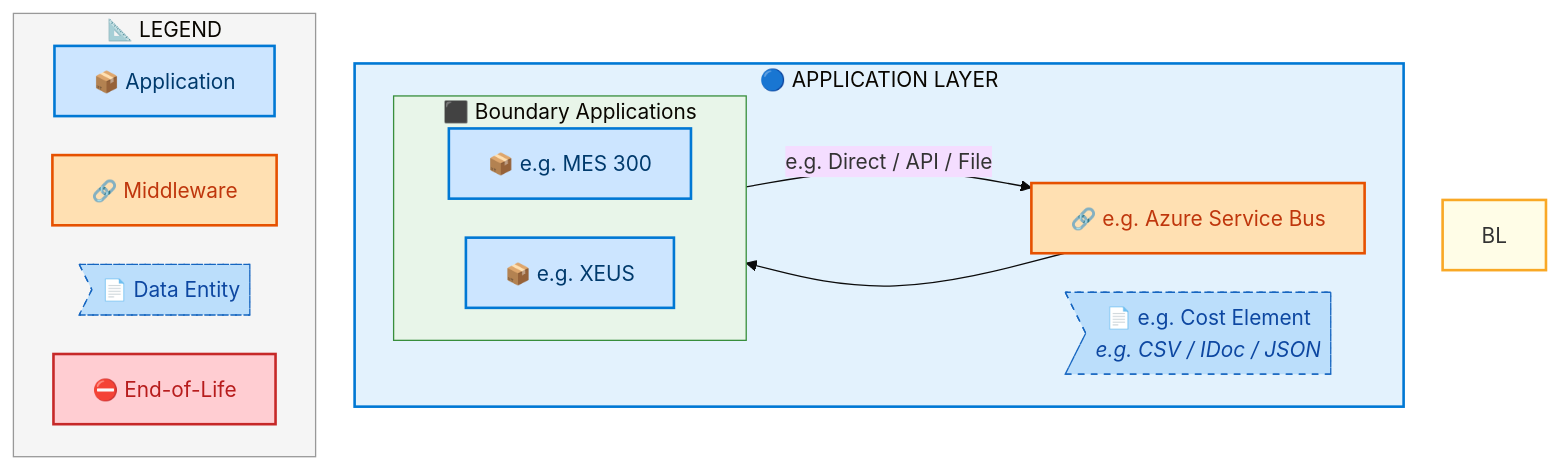
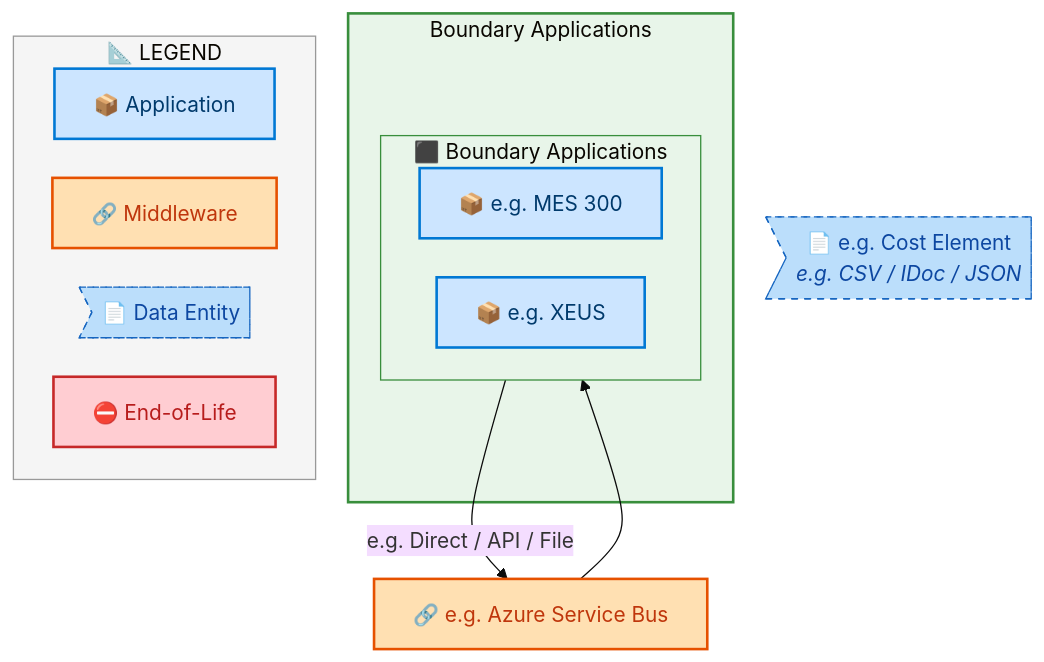
Before and after one commit to sajivfrancis777/IAO-Architecture: the ninth of 11 diagrams in towers/E2E/Procure to Pay/E2E-57/output/docs/systems-architecture/E2E-57-Architecture.md, drawn with Mermaid. The commit also changed other lines of this file and 106 other files, not shown here.

First line of the commit message:
feat: tier-grouped swim lane layout for architecture diagrams

````diff
--- a/towers/E2E/Procure to Pay/E2E-57/output/docs/systems-architecture/E2E-57-Architecture.md
+++ b/towers/E2E/Procure to Pay/E2E-57/output/docs/systems-architecture/E2E-57-Architecture.md
@@ -1070,41 +1069,40 @@
 ```mermaid
 %%{init: {"theme": "base", "securityLevel": "loose", "themeVariables": {"fontSize": "16px", "fontFamily": "Segoe UI, Arial, sans-serif"}, "flowchart": {"useMaxWidth": false, "htmlLabels": true, "nodeSpacing": 30, "rankSpacing": 35}} }%%
 flowchart TB
     %% -- ArchiMate 3.2 + Azure style classes --
     classDef business      fill:#FFFFB3,stroke:#F9A825,stroke-width:2px,color:#000
     classDef app           fill:#CCE5FF,stroke:#0078D4,stroke-width:2px,color:#003A6C
     classDef data          fill:#BBDEFB,stroke:#1565C0,stroke-width:1px,color:#0D47A1,stroke-dasharray: 5 5
     classDef middleware    fill:#FFE0B2,stroke:#E65100,stroke-width:2px,color:#BF360C
     classDef eol           fill:#FFCDD2,stroke:#C62828,stroke-width:2px,color:#B71C1C
     classDef saas          fill:#E1BEE7,stroke:#7B1FA2,stroke-width:2px,color:#4A148C
     classDef cloud         fill:#BBDEFB,stroke:#1565C0,stroke-width:2px,color:#0D47A1
     classDef onprem        fill:#C8E6C9,stroke:#2E7D32,stroke-width:2px,color:#1B5E20
 
-    subgraph AL["🔵 APPLICATION LAYER"]
+    subgraph E2E57FT_Boundary_Applications["Boundary Applications"]
         subgraph E2E57FLN_Boundary_Applications[" ⬛ Boundary Applications"]
             direction LR
             E2E57F_e_g_MES_300["📦 e.g. MES 300"]:::app
             E2E57F_e_g_XEUS["📦 e.g. XEUS"]:::app
         end
-        E2E57FMW_e_g_Azure_Service_Bus["🔗 e.g. Azure Service Bus"]:::middleware
-        E2E57FDE_e_g_Cost_Element>"📄 e.g. Cost Element<br/><i>e.g. CSV / IDoc / JSON</i>"]:::data
     end
+
+    E2E57FMW_e_g_Azure_Service_Bus["🔗 e.g. Azure Service Bus"]:::middleware
+    E2E57FDE_e_g_Cost_Element>"📄 e.g. Cost Element<br/><i>e.g. CSV / IDoc / JSON</i>"]:::data
 
     E2E57F_e_g_MES_300 -->|"e.g. Direct / API / File"| E2E57FMW_e_g_Azure_Service_Bus
     E2E57FMW_e_g_Azure_Service_Bus --> E2E57F_e_g_XEUS
 
 
-    style BL fill:#FFFDE7,stroke:#F9A825,stroke-width:2px
-    style AL fill:#E3F2FD,stroke:#0078D4,stroke-width:2px
-
+    style E2E57FT_Boundary_Applications fill:#E8F5E9,stroke:#388E3C,stroke-width:2px
     style E2E57FLN_Boundary_Applications fill:#E8F5E9,stroke:#388E3C,stroke-width:1px
 
     subgraph Legend["📐 LEGEND"]
         direction LR
         L_APP["📦 Application"]:::app
         L_MW["🔗 Middleware"]:::middleware
         L_DE>"📄 Data Entity"]:::data
         L_EOL["⛔ End-of-Life"]:::eol
     end
     style Legend fill:#F5F5F5,stroke:#999,stroke-width:1px
 ```
````
